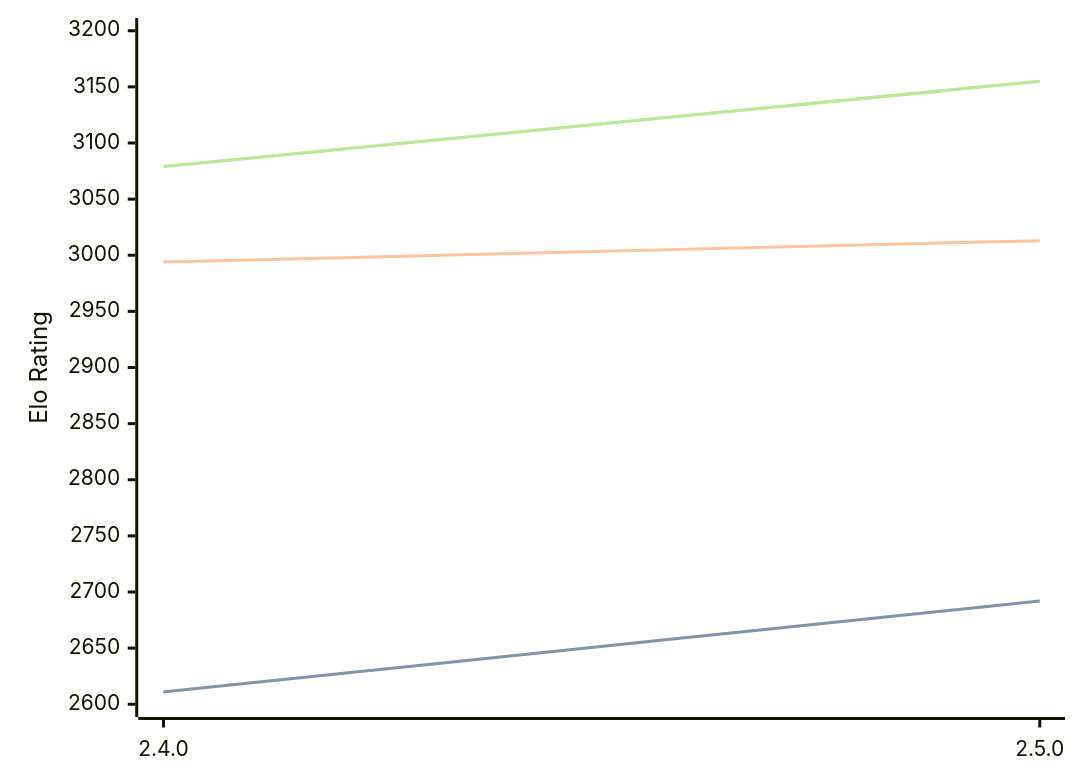
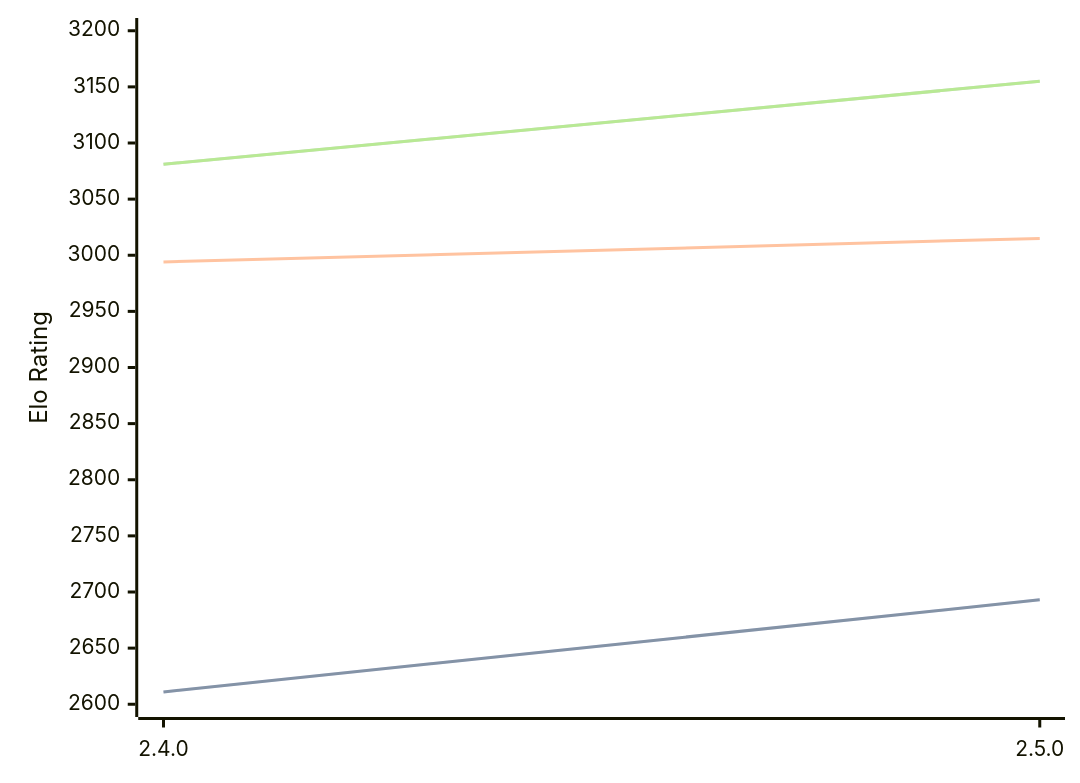
One commit to computer-chess-index/cci changed the first of 3 diagrams in engines/Sturddle2.md. Above: the diagram before and after it, drawn with Mermaid. The commit also changed other lines of this file, not shown here.

Commit message:
Update CCI Ratings (ELO VLTC) - 2026-07-08

````diff
--- a/engines/Sturddle2.md
+++ b/engines/Sturddle2.md
@@ -37,11 +37,11 @@
 ```mermaid
 %%{init: {"theme":"base","themeVariables":{"seriesColors:['#a3a3a3','#222221','#faa371']}}}%%
 xychart-beta
   x-axis ["2.4.0", "2.5.0"]
   y-axis "Elo Rating" 2600 --> 3200
-  line "STC (8.0+0.08s)" [2611, 2692]
-  line "STC (8.0+0.08s)" [2611, 2692]
-  line "LTC (60.0+0.60s)" [2994, 3013]
-  line "VLTC (2m24s+1.12s)" [3079, 3155]
-  line "VLTC (2m24s+1.12s)" [3079, 3155]
+  line "STC (8.0+0.08s)" [2611, 2693]
+  line "STC (8.0+0.08s)" [2611, 2693]
+  line "LTC (60.0+0.60s)" [2994, 3015]
+  line "VLTC (2m24s+1.12s)" [3081, 3155]
+  line "VLTC (2m24s+1.12s)" [3081, 3155]
 ```
````
